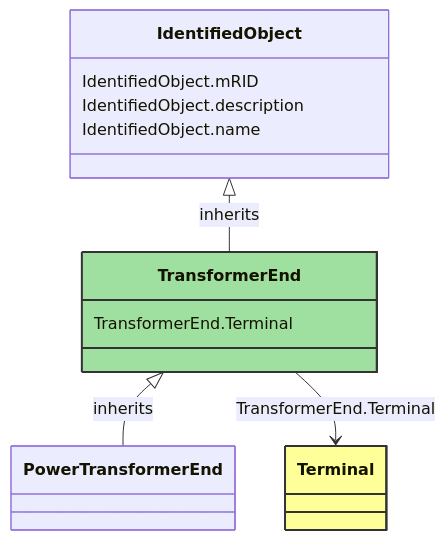
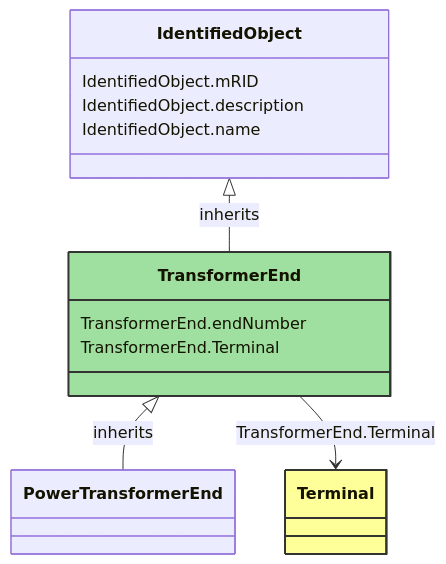
The diagram in docs/WattApp/TransformerEnd.md (3lbits/NoCIMExtensions), drawn with Mermaid before and after one commit. The commit also changed other lines of this file and 9 other files, not shown here.

````diff
--- a/docs/WattApp/TransformerEnd.md
+++ b/docs/WattApp/TransformerEnd.md
@@ -10,30 +10,31 @@
 ```mermaid
 classDiagram
     class TransformerEnd
     click TransformerEnd href "/WattApp/TransformerEnd/"
     style TransformerEnd fill:#9fdf9f,stroke:#333,stroke-width:2px,rx:10,ry:10
 
         TransformerEnd <|-- PowerTransformerEnd : inherits
             click TransformerEnd href "/WattApp/TransformerEnd/"
             style TransformerEnd rx:10,ry:10
 
         PowerTransformerEnd
             click PowerTransformerEnd href "/WattApp/PowerTransformerEnd/"
             style PowerTransformerEnd rx:10,ry:10
 
         IdentifiedObject <|-- TransformerEnd : inherits
             click IdentifiedObject href "/WattApp/IdentifiedObject/"
             style IdentifiedObject rx:10,ry:10
 
         TransformerEnd --> Terminal : TransformerEnd.Terminal
 
         Terminal
             click Terminal href "/WattApp/Terminal/"
             style Terminal fill:#ffff99,stroke:#333,stroke-width:2px,rx:10,ry:10
 
 
+        TransformerEnd : TransformerEnd.endNumber
         TransformerEnd : TransformerEnd.Terminal
         IdentifiedObject : IdentifiedObject.mRID
         IdentifiedObject : IdentifiedObject.description
         IdentifiedObject : IdentifiedObject.name
 ```
````
